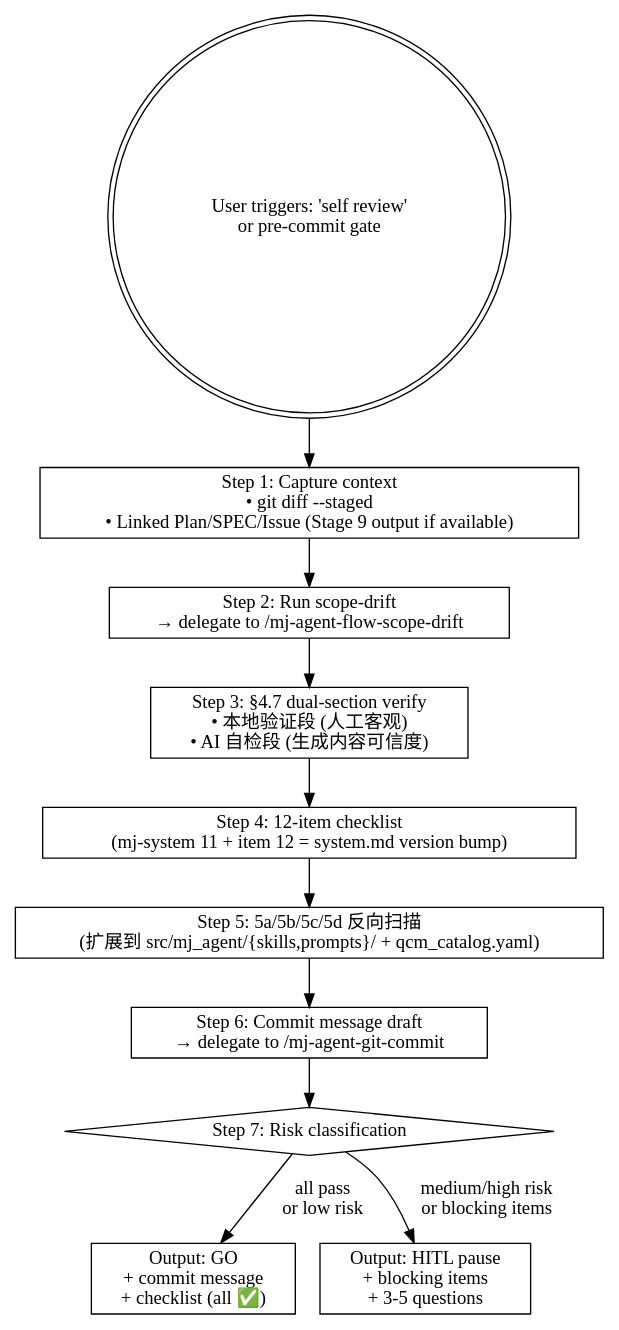
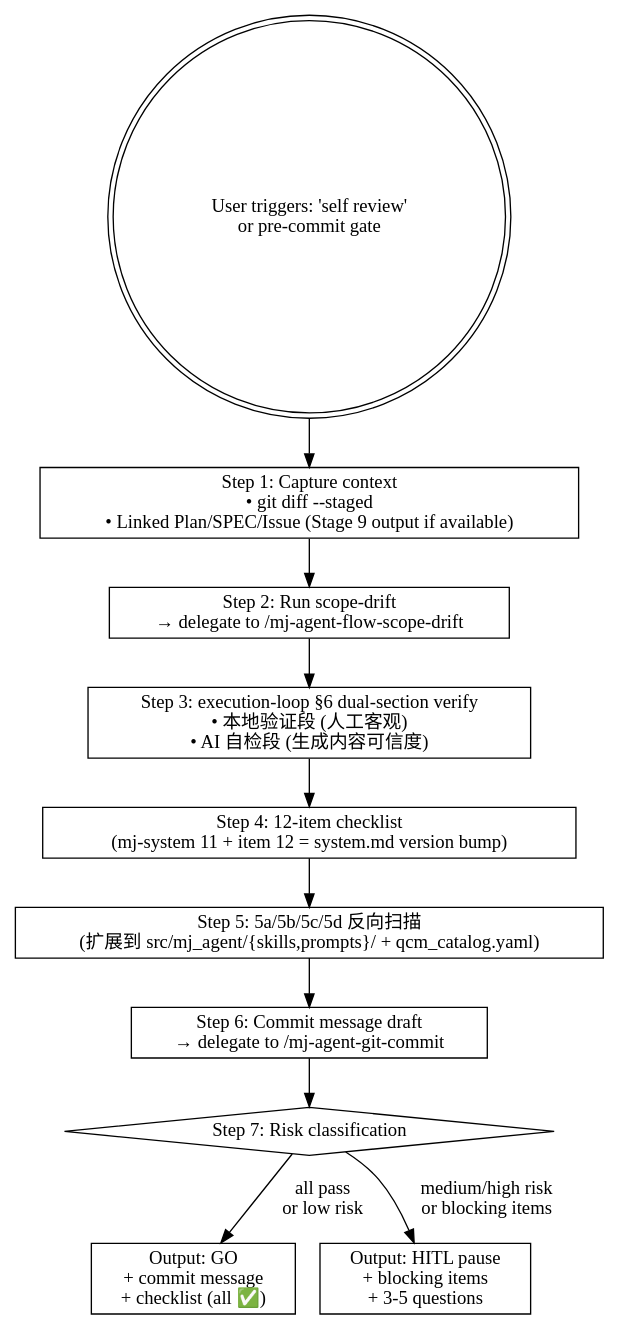
The diagram in .claude/skills/mj-agent-flow-self-review/SKILL.md (MJ-AgentLab/mj-agent), drawn with Graphviz before and after one commit. The commit also changed other lines of this file and 24 other files, not shown here.

````diff
--- a/.claude/skills/mj-agent-flow-self-review/SKILL.md
+++ b/.claude/skills/mj-agent-flow-self-review/SKILL.md
@@ -16,21 +16,21 @@
 ```dot
 digraph self_review {
   rankdir=TB;
   start [label="User triggers: 'self review'\nor pre-commit gate" shape=doublecircle];
 
   s1 [label="Step 1: Capture context\n• git diff --staged\n• Linked Plan/SPEC/Issue (Stage 9 output if available)" shape=box];
   s2 [label="Step 2: Run scope-drift\n→ delegate to /mj-agent-flow-scope-drift" shape=box];
-  s3 [label="Step 3: §4.7 dual-section verify\n• 本地验证段 (人工客观)\n• AI 自检段 (生成内容可信度)" shape=box];
+  s3 [label="Step 3: execution-loop §6 dual-section verify\n• 本地验证段 (人工客观)\n• AI 自检段 (生成内容可信度)" shape=box];
   s4 [label="Step 4: 12-item checklist\n(mj-system 11 + item 12 = system.md version bump)" shape=box];
   s5 [label="Step 5: 5a/5b/5c/5d 反向扫描\n(扩展到 src/mj_agent/{skills,prompts}/ + qcm_catalog.yaml)" shape=box];
   s6 [label="Step 6: Commit message draft\n→ delegate to /mj-agent-git-commit" shape=box];
   s7 [label="Step 7: Risk classification" shape=diamond];
 
   go [label="Output: GO\n+ commit message\n+ checklist (all ✅)" shape=box];
   hitl [label="Output: HITL pause\n+ blocking items\n+ 3-5 questions" shape=box];
 
   start -> s1 -> s2 -> s3 -> s4 -> s5 -> s6 -> s7;
   s7 -> go [label="all pass\nor low risk"];
   s7 -> hitl [label="medium/high risk\nor blocking items"];
 }
 ```
````
